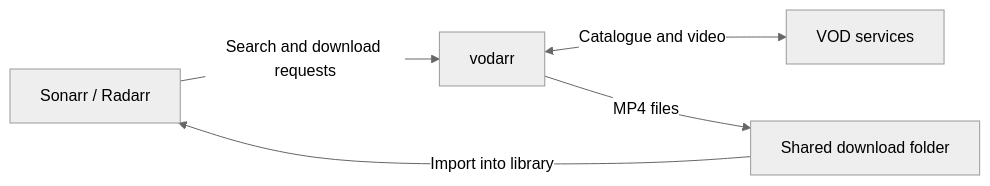
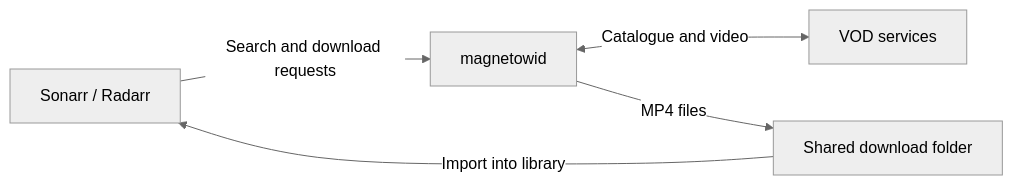
One commit to combor/magnetowid changed the diagram in README.md. Above: the diagram before and after it, drawn with Mermaid (neutral theme). The commit also changed other lines of this file and 51 other files, not shown here.

First line of the commit message:
Rename vodarr to magnetowid

````diff
--- a/README.md
+++ b/README.md
@@ -30,7 +30,7 @@
 ```mermaid
 flowchart LR
-    arr["Sonarr / Radarr"] -->|"Search and download requests"| vodarr["vodarr"]
-    vodarr <-->|"Catalogue and video"| providers["VOD services"]
-    vodarr -->|"MP4 files"| downloads["Shared download folder"]
+    arr["Sonarr / Radarr"] -->|"Search and download requests"| magnetowid["magnetowid"]
+    magnetowid <-->|"Catalogue and video"| providers["VOD services"]
+    magnetowid -->|"MP4 files"| downloads["Shared download folder"]
     downloads -->|"Import into library"| arr
 ```
````
